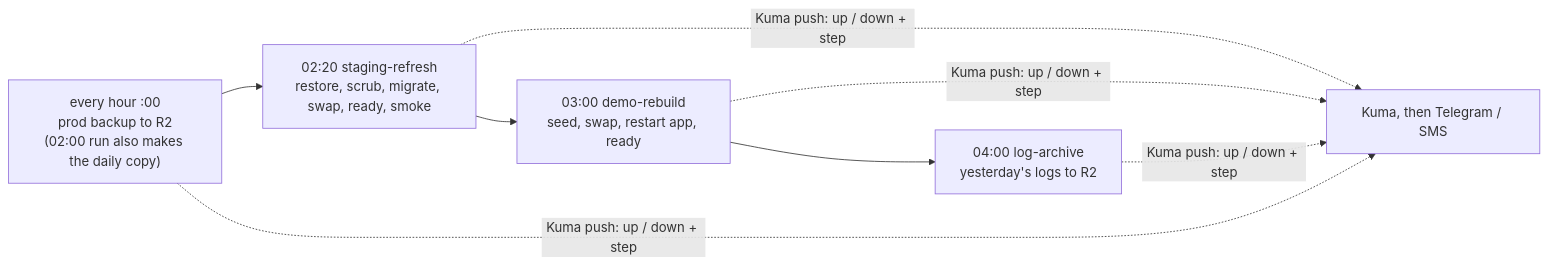
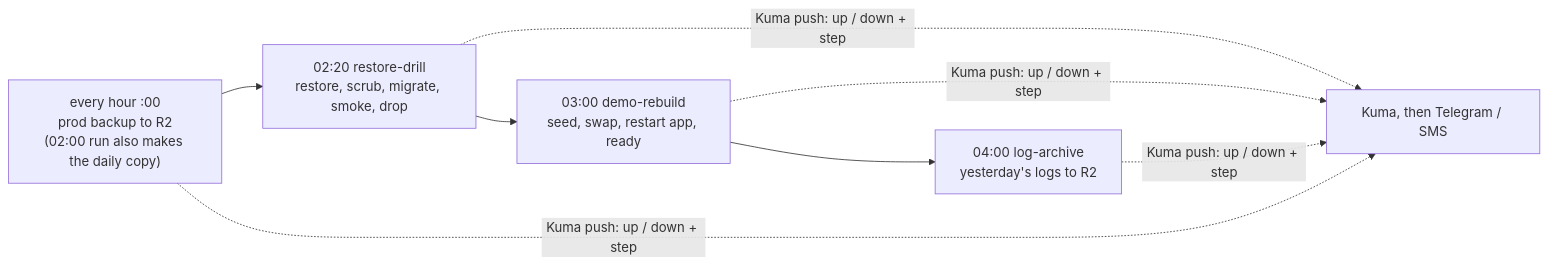
One commit to tareq89/biddaloy changed the second of 13 diagrams in docs/architecture/12-operations.md. Above: the diagram before and after it, drawn with Mermaid. The commit also changed other lines of this file and 8 other files, not shown here.

Commit message:
docs(ops): restore drill is the restore proof, document Kuma alerting (#3257)

````diff
--- a/docs/architecture/12-operations.md
+++ b/docs/architecture/12-operations.md
@@ -84,7 +84,7 @@
 ```mermaid
 flowchart LR
-  B["every hour :00<br/>prod backup to R2<br/>(02:00 run also makes the daily copy)"] --> S["02:20 staging-refresh<br/>restore, scrub, migrate, swap, ready, smoke"]
+  B["every hour :00<br/>prod backup to R2<br/>(02:00 run also makes the daily copy)"] --> S["02:20 restore-drill<br/>restore, scrub, migrate, smoke, drop"]
   S --> D["03:00 demo-rebuild<br/>seed, swap, restart app, ready"]
   D --> A["04:00 log-archive<br/>yesterday's logs to R2"]
   S & D & A & B -.->|"Kuma push: up / down + step"| K["Kuma, then Telegram / SMS"]
 ```
````
